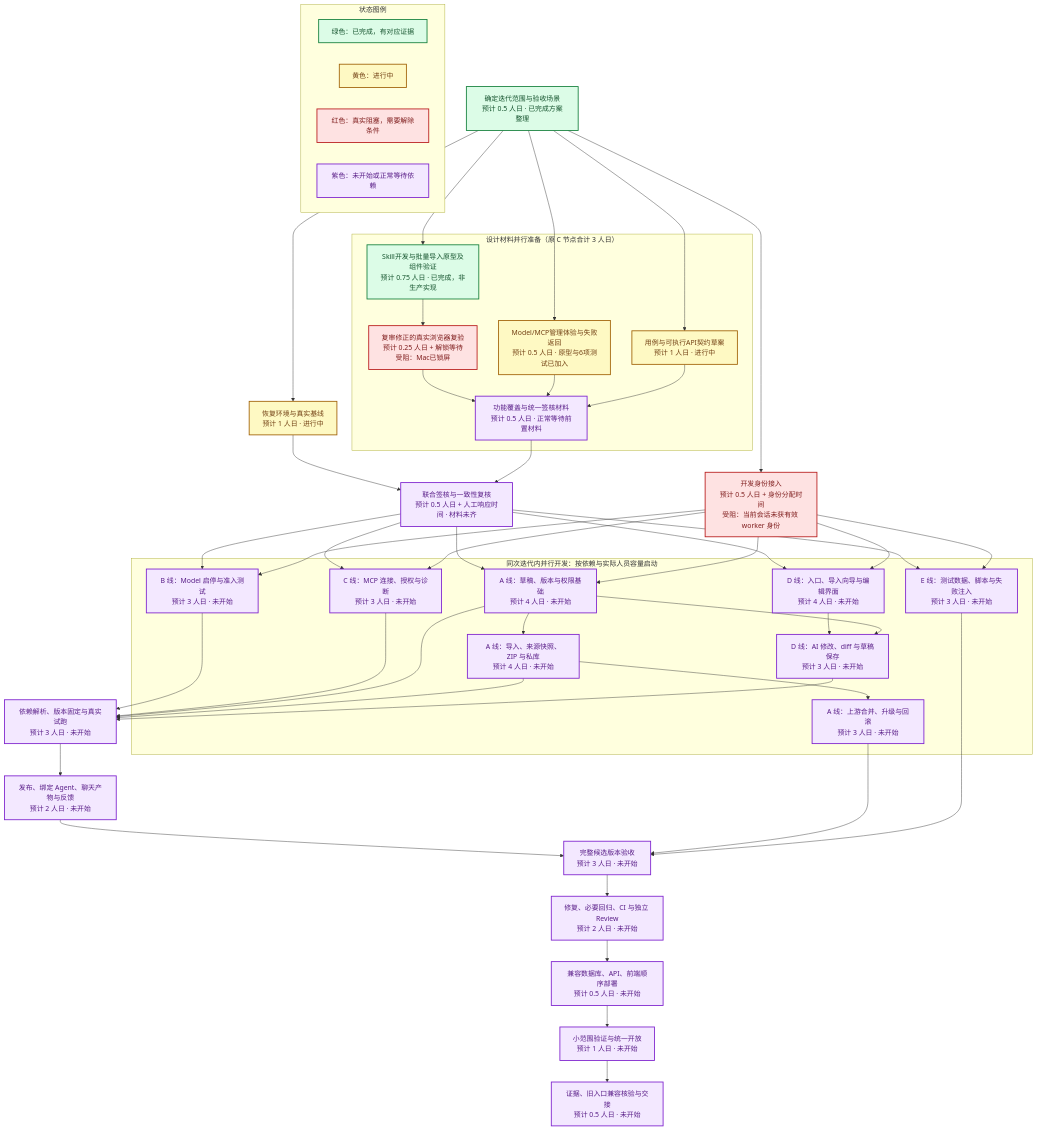
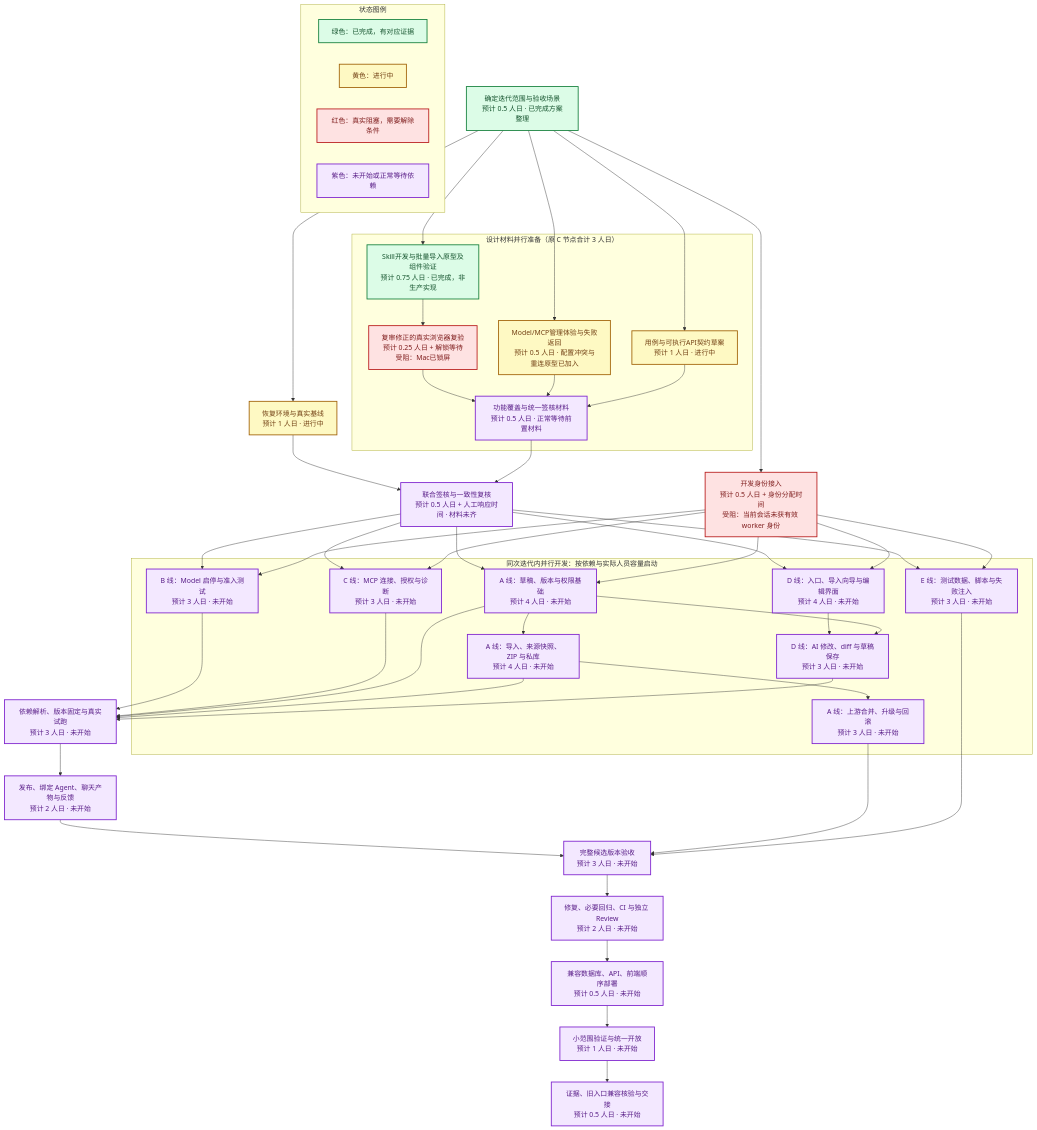
The diagram in docs/design/ai-capability-studio-e2e-plan-2026-09-09.md (boardx/workspacex), drawn with Mermaid before and after one commit. The commit also changed other lines of this file and 11 other files, not shown here.

````diff
--- a/docs/design/ai-capability-studio-e2e-plan-2026-09-09.md
+++ b/docs/design/ai-capability-studio-e2e-plan-2026-09-09.md
@@ -213,76 +213,76 @@
 ```mermaid
 flowchart TB
     A["确定迭代范围与验收场景<br/>预计 0.5 人日 · 已完成方案整理"]
     A --> B["恢复环境与真实基线<br/>预计 1 人日 · 进行中"]
     subgraph DESIGN["设计材料并行准备（原 C 节点合计 3 人日）"]
         C1["Skill开发与批量导入原型及组件验证<br/>预计 0.75 人日 · 已完成，非生产实现"]
         Y["复审修正的真实浏览器复验<br/>预计 0.25 人日 + 解锁等待<br/>受阻：Mac已锁屏"]
-        C2["Model/MCP管理体验与失败返回<br/>预计 0.5 人日 · 原型与6项测试已加入"]
+        C2["Model/MCP管理体验与失败返回<br/>预计 0.5 人日 · 配置冲突与重连原型已加入"]
         C3["用例与可执行API契约草案<br/>预计 1 人日 · 进行中"]
         C4["功能覆盖与统一签核材料<br/>预计 0.5 人日 · 正常等待前置材料"]
         C1 --> Y --> C4
         C2 --> C4
         C3 --> C4
     end
     A --> C1
     A --> C2
     A --> C3
     B --> G["联合签核与一致性复核<br/>预计 0.5 人日 + 人工响应时间 · 材料未齐"]
     C4 --> G
 
     subgraph BUILD["同次迭代内并行开发：按依赖与实际人员容量启动"]
         D["A 线：草稿、版本与权限基础<br/>预计 4 人日 · 未开始"]
         I["A 线：导入、来源快照、ZIP 与私库<br/>预计 4 人日 · 未开始"]
         U["A 线：上游合并、升级与回滚<br/>预计 3 人日 · 未开始"]
         M["B 线：Model 启停与准入测试<br/>预计 3 人日 · 未开始"]
         P["C 线：MCP 连接、授权与诊断<br/>预计 3 人日 · 未开始"]
         F["D 线：入口、导入向导与编辑界面<br/>预计 4 人日 · 未开始"]
         E["D 线：AI 修改、diff 与草稿保存<br/>预计 3 人日 · 未开始"]
         T["E 线：测试数据、脚本与失败注入<br/>预计 3 人日 · 未开始"]
         D --> I --> U
         F --> E
         D --> E
     end
 
     G --> D
     G --> M
     G --> P
     G --> F
     G --> T
     M --> R["依赖解析、版本固定与真实试跑<br/>预计 3 人日 · 未开始"]
     P --> R
     D --> R
     I --> R
     E --> R
     R --> H["发布、绑定 Agent、聊天产物与反馈<br/>预计 2 人日 · 未开始"]
     H --> V["完整候选版本验收<br/>预计 3 人日 · 未开始"]
     U --> V
     T --> V
     V --> J["修复、必要回归、CI 与独立 Review<br/>预计 2 人日 · 未开始"]
     J --> K["兼容数据库、API、前端顺序部署<br/>预计 0.5 人日 · 未开始"]
     K --> L["小范围验证与统一开放<br/>预计 1 人日 · 未开始"]
     L --> Z["证据、旧入口兼容核验与交接<br/>预计 0.5 人日 · 未开始"]
 
     X["开发身份接入<br/>预计 0.5 人日 + 身份分配时间<br/>受阻：当前会话未获有效 worker 身份"]
     A --> X
     X --> D
     X --> M
     X --> P
     X --> F
     X --> T
 
     subgraph LEGEND["状态图例"]
         LG["绿色：已完成，有对应证据"]
         LY["黄色：进行中"]
         LR["红色：真实阻塞，需要解除条件"]
         LP["紫色：未开始或正常等待依赖"]
     end
     classDef done fill:#dcfce7,stroke:#15803d,color:#14532d,stroke-width:2px;
     classDef active fill:#fef9c3,stroke:#a16207,color:#713f12,stroke-width:2px;
     classDef blocked fill:#fee2e2,stroke:#b91c1c,color:#7f1d1d,stroke-width:2px;
     classDef pending fill:#f3e8ff,stroke:#7e22ce,color:#581c87,stroke-width:2px;
     class A,C1,LG done;
     class B,C2,C3,LY active;
     class X,Y,LR blocked;
     class C4,G,D,I,U,M,P,F,E,T,R,H,V,J,K,L,Z,LP pending;
 ```
````
